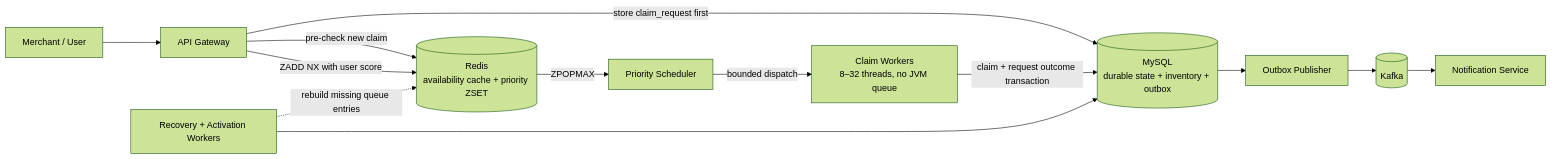
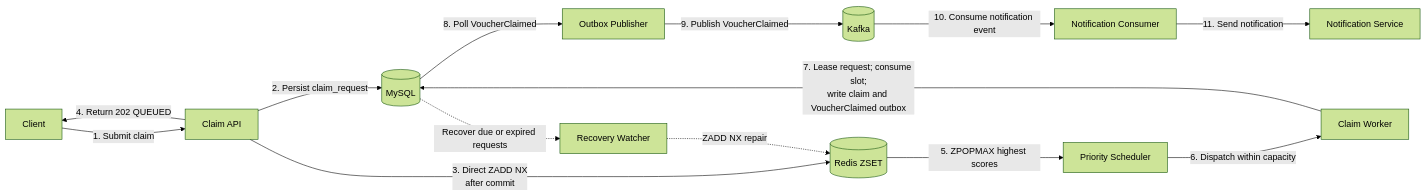
The first of 16 diagrams in SOLUTION.md (PhamDinhDuy-2508/Voucher-claim-system), drawn with Mermaid (forest theme) before and after one commit.

Commit message:
docs: align solution architecture diagram with readme

````diff
--- a/SOLUTION.md
+++ b/SOLUTION.md
@@ -148,15 +148,16 @@
 ```mermaid
 flowchart LR
-    U[Merchant / User] --> API[API Gateway]
-    API -->|pre-check new claim| R[(Redis<br/>availability cache + priority ZSET)]
-    API -->|store claim_request first| DB[(MySQL<br/>durable state + inventory + outbox)]
-    API -->|ZADD NX with user score| R
-    R -->|ZPOPMAX| S[Priority Scheduler]
-    S -->|bounded dispatch| W[Claim Workers<br/>8–32 threads, no JVM queue]
-    W -->|claim + request outcome transaction| DB
-    RW[Recovery + Activation Workers] --> DB
-    RW -. rebuild missing queue entries .-> R
-    DB --> OP[Outbox Publisher]
-    OP --> K[(Kafka)]
-    K --> NS[Notification Service]
+    C[Client] -->|1. Submit claim| API[Claim API]
+    API -->|2. Persist claim_request| DB[(MySQL)]
+    API -->|3. Direct ZADD NX<br/>after commit| R[(Redis ZSET)]
+    API -->|4. Return 202 QUEUED| C
+    R -->|5. ZPOPMAX highest scores| PS[Priority Scheduler]
+    PS -->|6. Dispatch within capacity| CW[Claim Worker]
+    CW -->|7. Lease request; consume slot;<br/>write claim and VoucherClaimed outbox| DB
+    DB -->|8. Poll VoucherClaimed| OP[Outbox Publisher]
+    OP -->|9. Publish VoucherClaimed| K[(Kafka)]
+    K -->|10. Consume notification event| NC[Notification Consumer]
+    NC -->|11. Send notification| NS[Notification Service]
+    DB -. Recover due or expired requests .-> RW[Recovery Watcher]
+    RW -. ZADD NX repair .-> R
 ```
````
